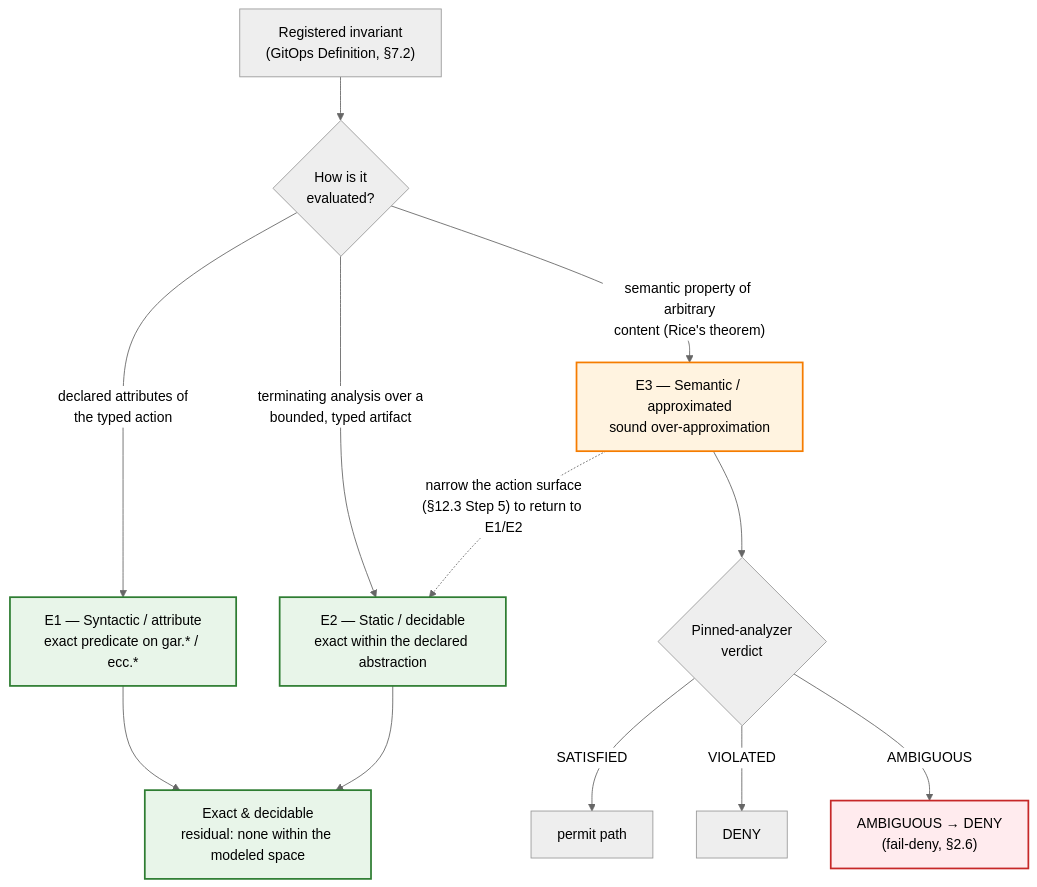
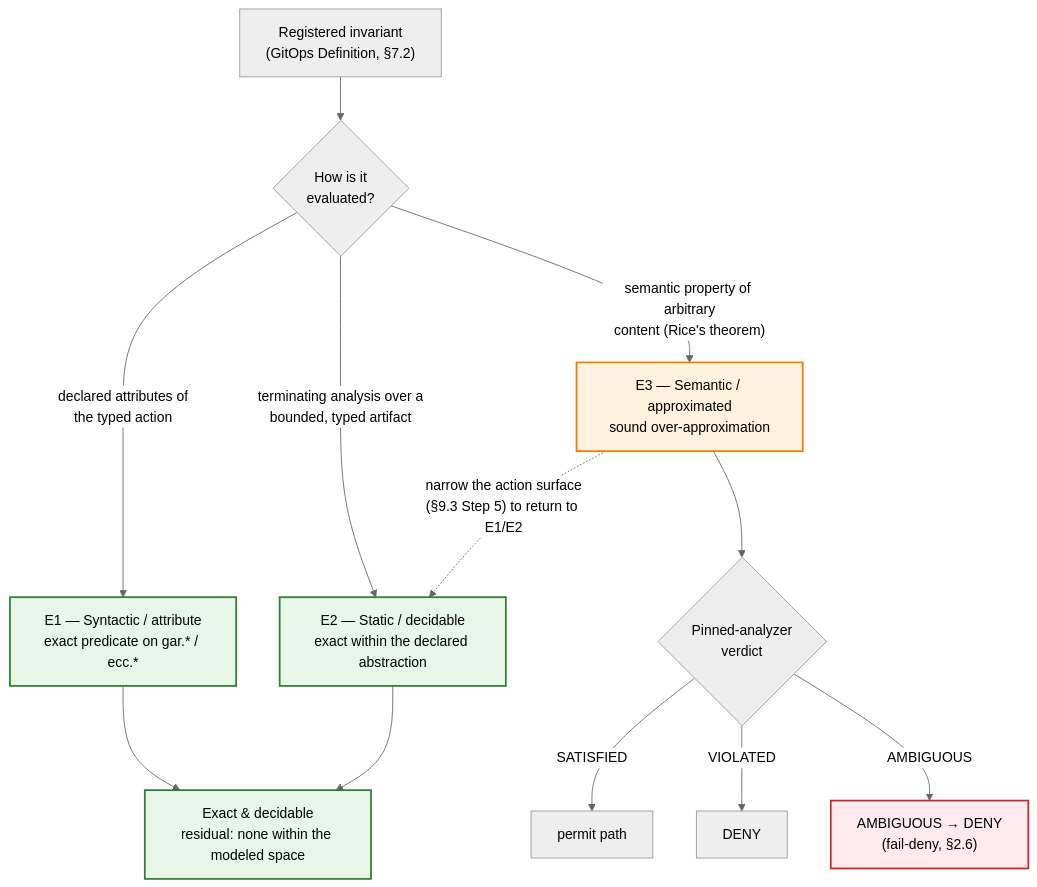
The fourth of 5 diagrams in spec/parts/part-1-foundations.md (CROA-Project/CROA), drawn with Mermaid (neutral theme) before and after one commit. The commit also changed other lines of this file and 8 other files, not shown here.

````diff
--- a/spec/parts/part-1-foundations.md
+++ b/spec/parts/part-1-foundations.md
@@ -459,20 +459,20 @@
 ```mermaid
 flowchart TD
   INV["Registered invariant<br/>(GitOps Definition, §7.2)"] --> Q{"How is it<br/>evaluated?"}
   Q -->|"declared attributes of<br/>the typed action"| E1["E1 — Syntactic / attribute<br/>exact predicate on gar.* / ecc.*"]
   Q -->|"terminating analysis over a<br/>bounded, typed artifact"| E2["E2 — Static / decidable<br/>exact within the declared abstraction"]
   Q -->|"semantic property of arbitrary<br/>content (Rice's theorem)"| E3["E3 — Semantic / approximated<br/>sound over-approximation"]
   E1 --> EX["Exact & decidable<br/>residual: none within the modeled space"]
   E2 --> EX
   E3 --> V{"Pinned-analyzer<br/>verdict"}
   V -->|SATISFIED| P["permit path"]
   V -->|VIOLATED| D["DENY"]
   V -->|AMBIGUOUS| D2["AMBIGUOUS → DENY<br/>(fail-deny, §2.6)"]
-  E3 -. "narrow the action surface<br/>(§12.3 Step 5) to return to E1/E2" .-> E2
+  E3 -. "narrow the action surface<br/>(§9.3 Step 5) to return to E1/E2" .-> E2
   classDef bad fill:#ffebee,stroke:#c62828,stroke-width:2px
   classDef ok fill:#e8f5e9,stroke:#2e7d32,stroke-width:2px
   classDef warn fill:#fff3e0,stroke:#f57c00,stroke-width:2px
   class E1,E2,EX ok
   class E3 warn
   class D2 bad
 ```
````
